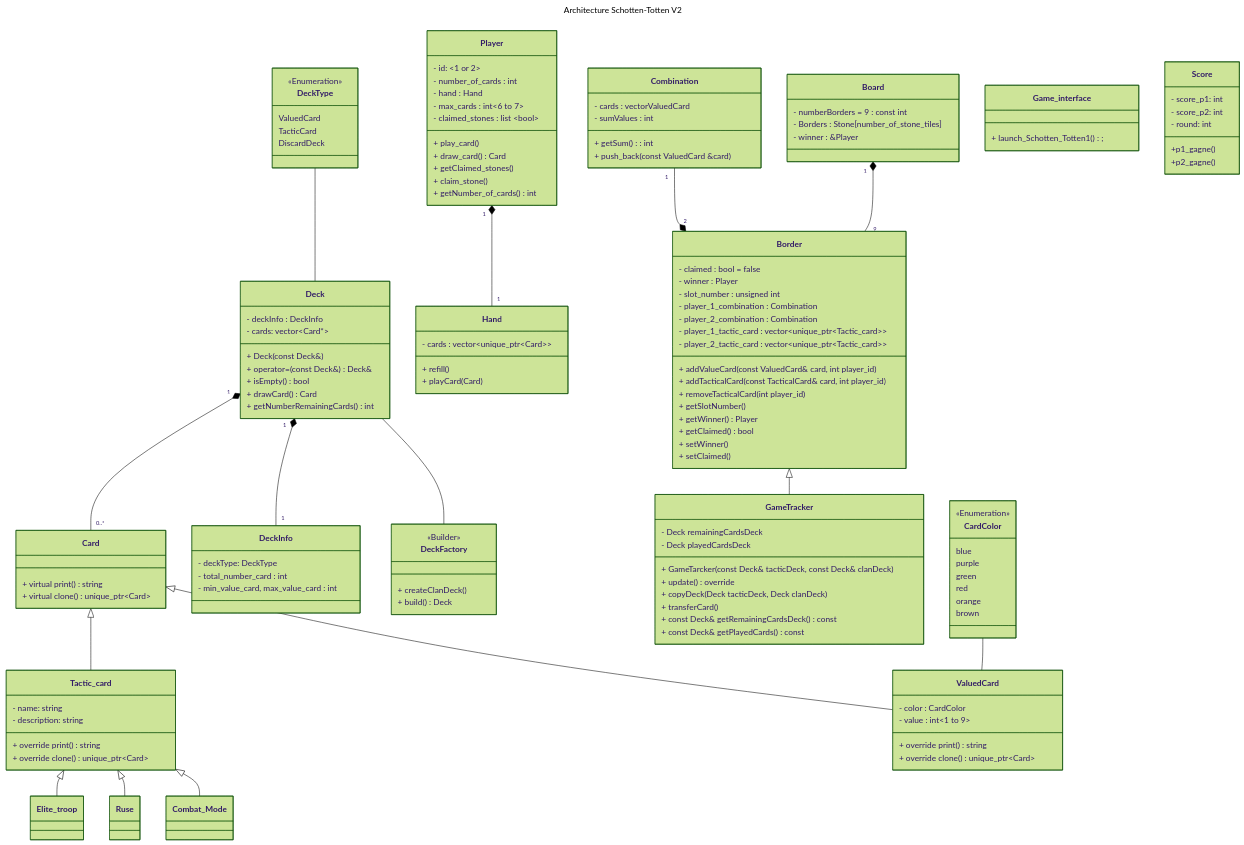
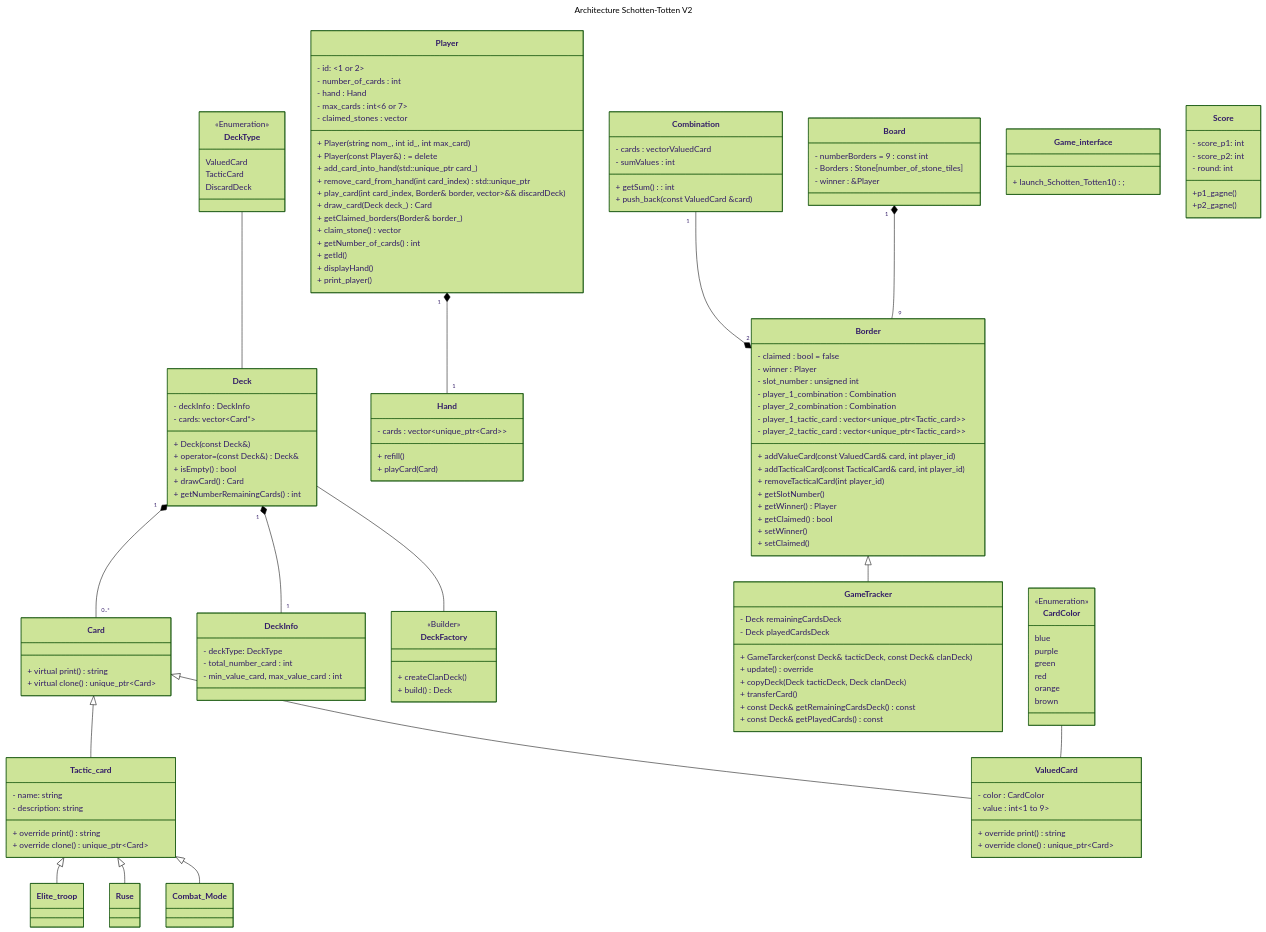
One commit to kilaposhi/Schotten-Totten changed the first of 2 diagrams in documentation/UML_v2.md. Above: the diagram before and after it, drawn with Mermaid (forest theme).

```diff
--- a/documentation/UML_v2.md
+++ b/documentation/UML_v2.md
@@ -104,13 +104,20 @@
     - id: <1 or 2>
     - number_of_cards : int
     - hand : Hand
-    - max_cards : int<6 to 7>
-    - claimed_stones : list ~bool~
-    + play_card()
-    + draw_card() Card
-    + getClaimed_stones() 
-    + claim_stone()
+    - max_cards : int<6 or 7>
+    - claimed_stones : vector<int>
+    + Player(string nom_, int id_, int max_card)
+    + Player(const Player&) = delete
+    + add_card_into_hand(std::unique_ptr<Card>  card_)
+    + remove_card_from_hand(int card_index) std::unique_ptr<Card>
+    + play_card(int card_index, Border& border, vector<unique_ptr<Card>>&& discardDeck)
+    + draw_card(Deck deck_) Card
+    + getClaimed_borders(Border& border_) 
+    + claim_stone() vector<unsigned int>
     + getNumber_of_cards() int
+    + getId()
+    + displayHand()
+    + print_player()
 }
 
 class Deck{
```
